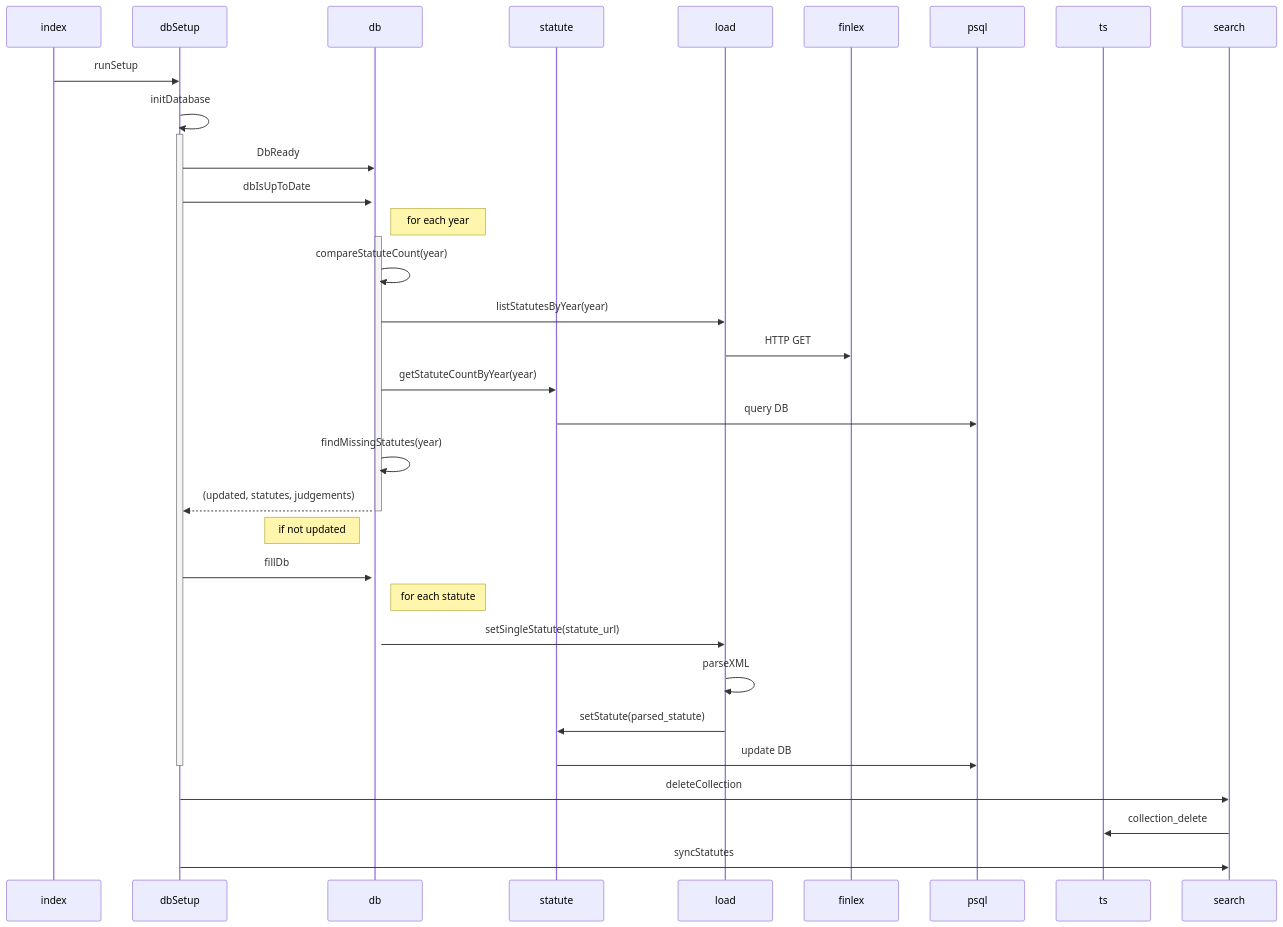
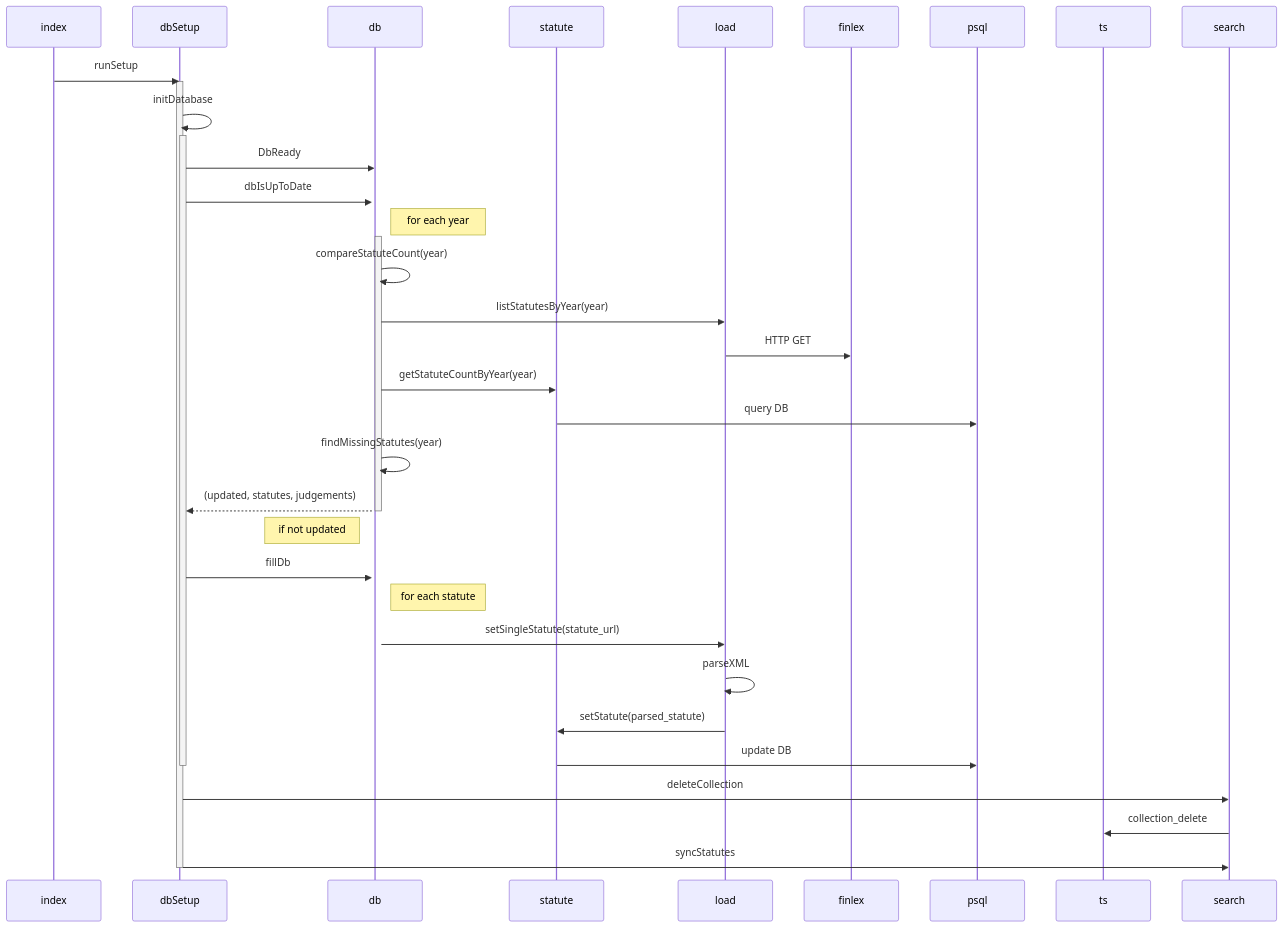
Before and after one commit to mluukkai/poc: the first of 3 diagrams in README.md, drawn with Mermaid.

Commit message:
Activate dbSetup in sequence diagrams

````diff
--- a/README.md
+++ b/README.md
@@ -1,39 +1,41 @@
 ```mermaid
 sequenceDiagram
   participant index
   participant dbSetup
   participant db
   participant statute
   participant load
   participant finlex
   participant psql
   participant ts
 
   index ->> dbSetup: runSetup
+  activate dbSetup
   dbSetup ->> dbSetup: initDatabase
   activate dbSetup
   dbSetup ->> db: DbReady
   dbSetup ->>+ db: dbIsUpToDate
   Note right of db: for each year
   activate db
   db ->> db: compareStatuteCount(year)
   db ->> load: listStatutesByYear(year)
   load ->> finlex: HTTP GET
   db ->> statute: getStatuteCountByYear(year)
   statute ->> psql: query DB
   db ->> db: findMissingStatutes(year)
   db -->> dbSetup: (updated, statutes, judgements)
   deactivate db
   Note left of db: if not updated
   dbSetup ->> db: fillDb
   activate db
   Note right of db: for each statute
   db ->> load: setSingleStatute(statute_url)
   load ->> load: parseXML
   load ->> statute: setStatute(parsed_statute)
   statute ->> psql: update DB
   deactivate dbSetup
   dbSetup ->> search: deleteCollection
   search->>ts: collection_delete
   dbSetup ->> search: syncStatutes
+  deactivate dbSetup
 ```
````
